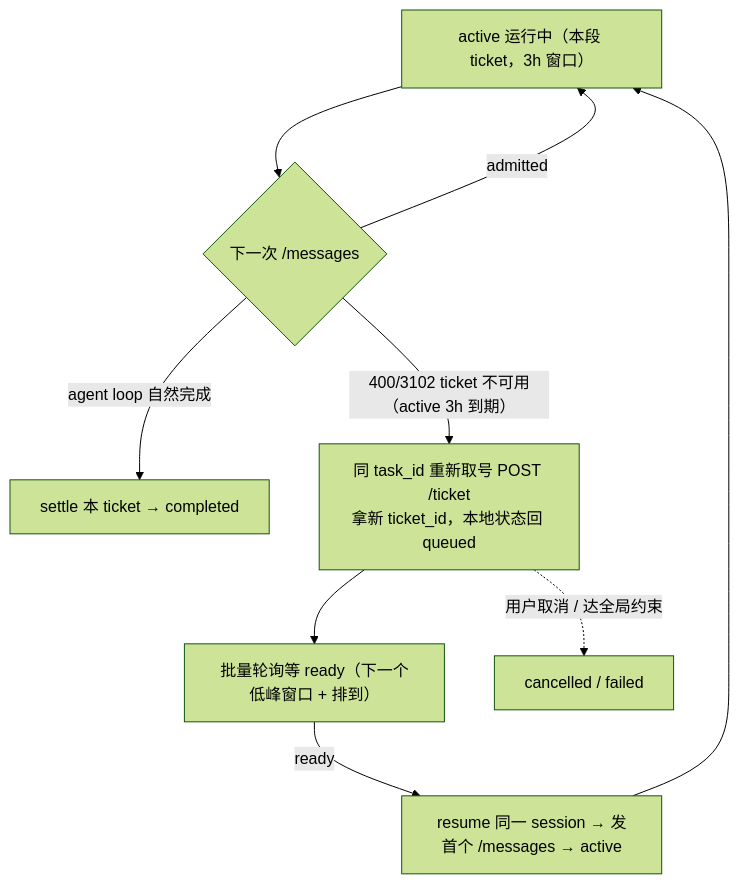
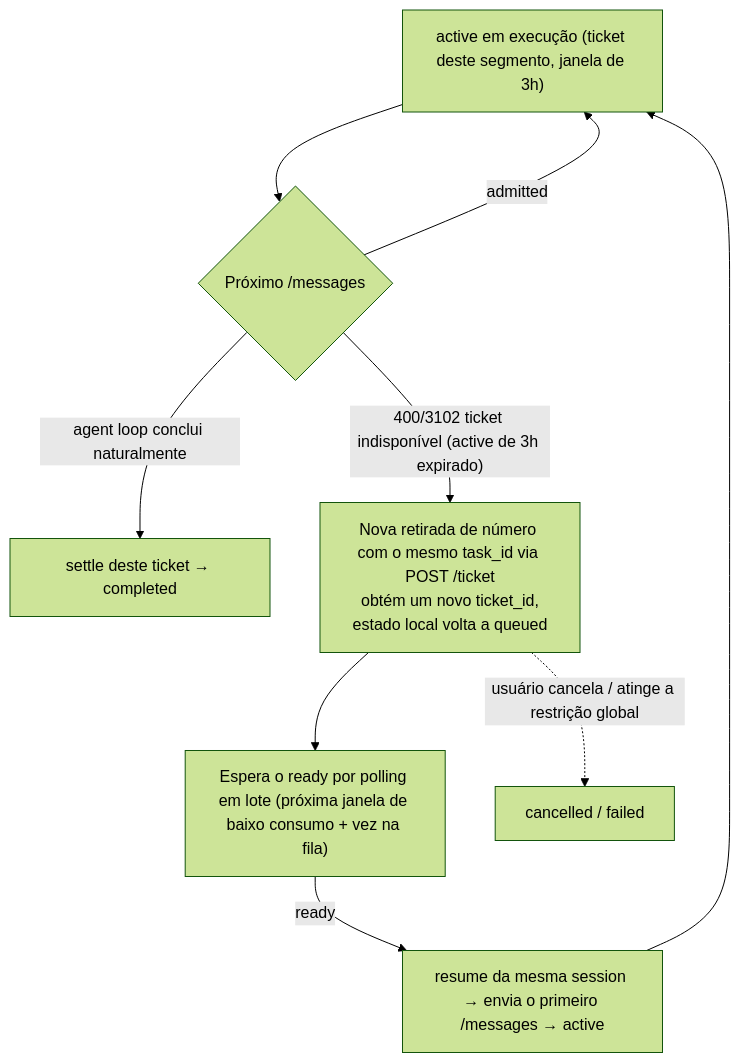
Before and after one commit to JoaoNetoDev/BR-Code: the fifth of 11 diagrams in docs/off-peak-task/tech-design.md, drawn with Mermaid (forest theme). The commit also changed other lines of this file and 14 other files, not shown here.

First line of the commit message:
docs: traduz rótulos de diagramas ASCII e mermaid para português

````diff
--- a/docs/off-peak-task/tech-design.md
+++ b/docs/off-peak-task/tech-design.md
@@ -420,11 +420,11 @@
 ```mermaid
 flowchart TD
-  A["active 运行中（本段 ticket，3h 窗口）"] --> N{"下一次 /messages"}
+  A["active em execução (ticket deste segmento, janela de 3h)"] --> N{"Próximo /messages"}
   N -->|admitted| A
-  N -->|"agent loop 自然完成"| Done["settle 本 ticket → completed"]
-  N -->|"400/3102 ticket 不可用（active 3h 到期）"| Re["同 task_id 重新取号 POST /ticket<br/>拿新 ticket_id，本地状态回 queued"]
-  Re --> W["批量轮询等 ready（下一个低峰窗口 + 排到）"]
-  W -->|ready| Dispatch["resume 同一 session → 发首个 /messages → active"]
+  N -->|"agent loop conclui naturalmente"| Done["settle deste ticket → completed"]
+  N -->|"400/3102 ticket indisponível (active de 3h expirado)"| Re["Nova retirada de número com o mesmo task_id via POST /ticket<br/> obtém um novo ticket_id, estado local volta a queued"]
+  Re --> W["Espera o ready por polling em lote (próxima janela de baixo consumo + vez na fila)"]
+  W -->|ready| Dispatch["resume da mesma session → envia o primeiro /messages → active"]
   Dispatch --> A
-  Re -.->|"用户取消 / 达全局约束"| Cancel["cancelled / failed"]
+  Re -.->|"usuário cancela / atinge a restrição global"| Cancel["cancelled / failed"]
 ```
````
